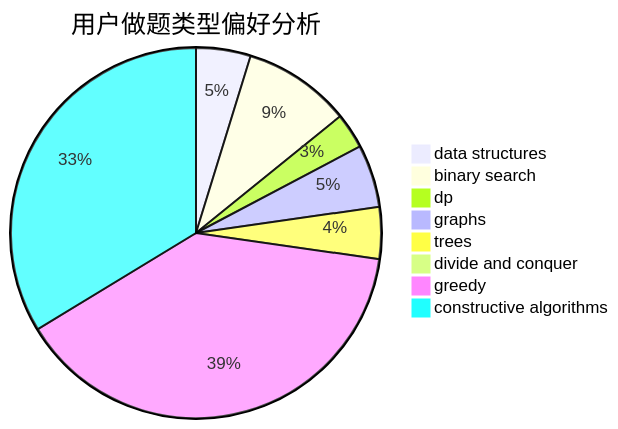
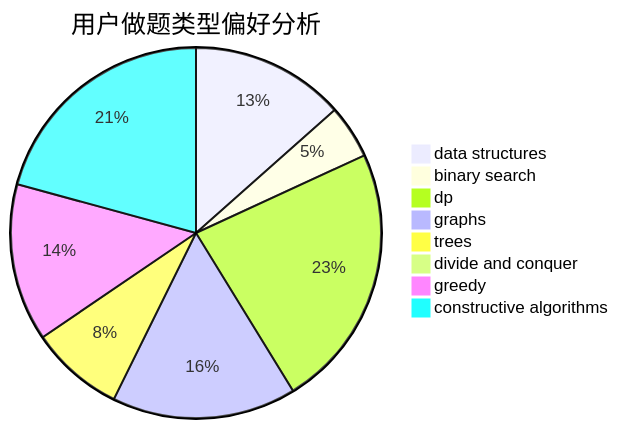
One commit to sherpahu/cfrs.github.io changed the second of 3 diagrams in docs/user/u228.md. Above: the diagram before and after it, drawn with Mermaid. The commit also changed other lines of this file and 2770 other files, not shown here.

````diff
--- a/docs/user/u228.md
+++ b/docs/user/u228.md
@@ -23,11 +23,11 @@
 ```mermaid
 pie title 用户做题类型偏好分析
-    "data structures" :  40
-    "binary search" :  79
-    "dp" :  26
-    "graphs" :  46
-    "trees" :  38
-    "divide and conquer" :  7
-    "greedy" :  328
-    "constructive algorithms" :  283
+    "data structures" :  46
+    "binary search" :  16
+    "dp" :  79
+    "graphs" :  55
+    "trees" :  28
+    "divide and conquer" :  0
+    "greedy" :  47
+    "constructive algorithms" :  71
 ```
````
